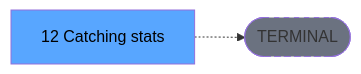
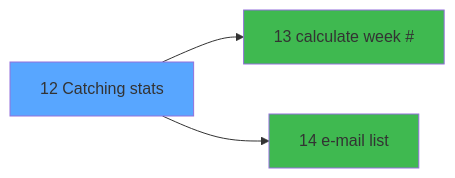
Before and after one commit to thonyAGP/magic-migration: the fourth of 4 diagrams in .openspec/specs/ADH-IDE-12.md, drawn with Mermaid. The commit also changed other lines of this file and 253 other files, not shown here.

````diff
--- a/.openspec/specs/ADH-IDE-12.md
+++ b/.openspec/specs/ADH-IDE-12.md
@@ -137,8 +2029,11 @@
 ```mermaid
 graph LR
-    T[12 Catching stats]
-    TERM([TERMINAL])
-    T -.-> TERM
-    style TERM fill:#6b7280,stroke-dasharray: 5 5
-    style T fill:#58a6ff,color:#000
+    T12[12 Catching stats]
+    style T12 fill:#58a6ff
+    C13[13 calculate week #]
+    T12 --> C13
+    style C13 fill:#3fb950
+    C14[14 e-mail list]
+    T12 --> C14
+    style C14 fill:#3fb950
 ```
````
